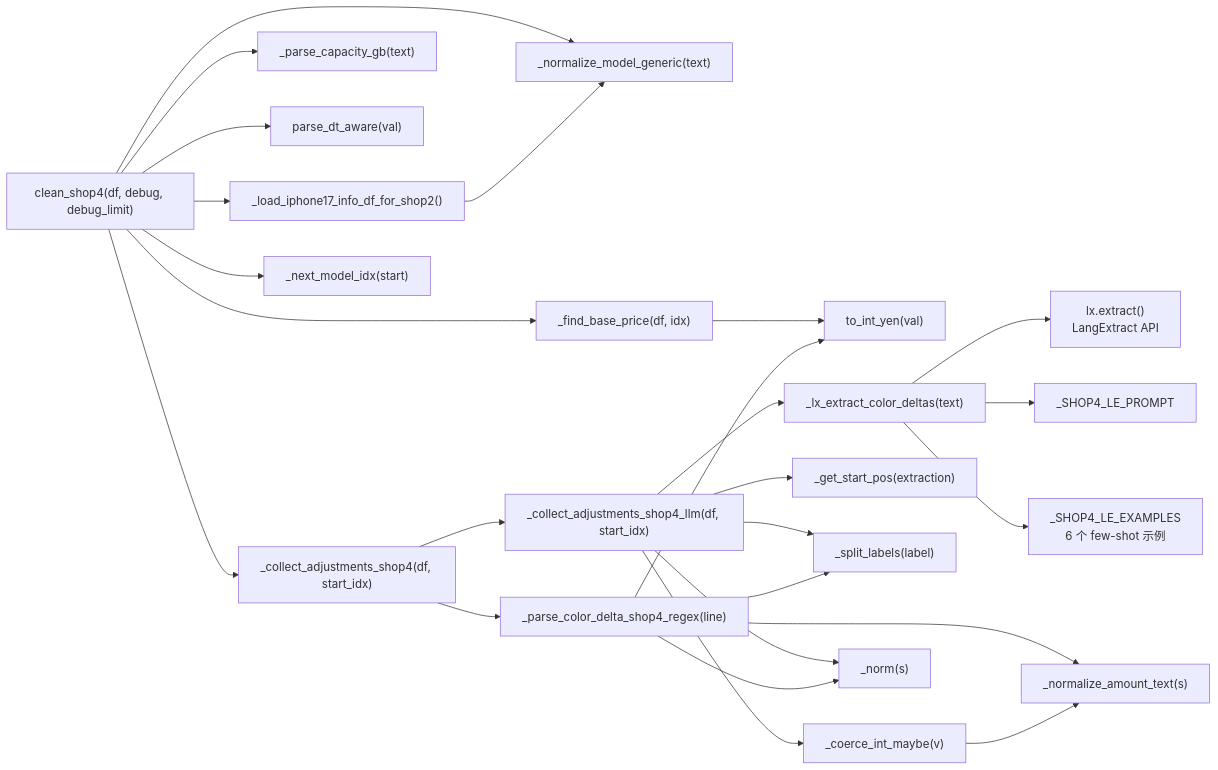
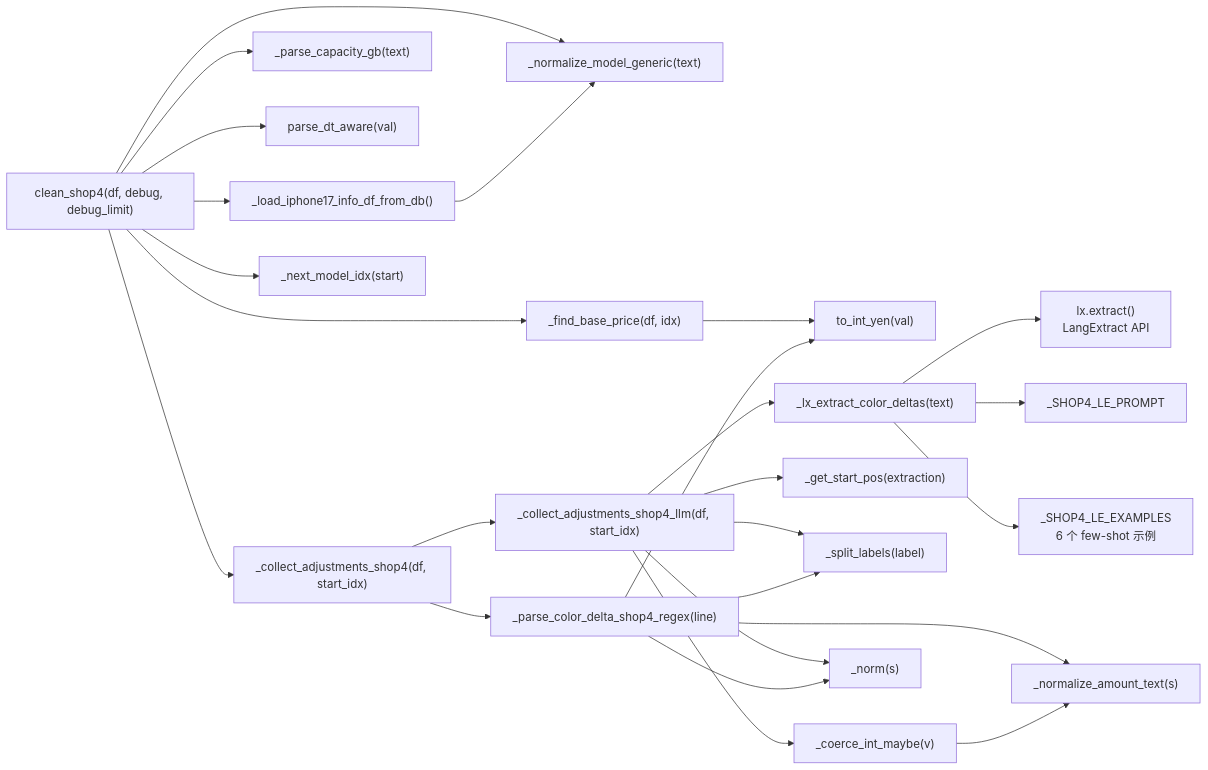
Before and after one commit to zhujiansamuel/YamagotiProjects: the second of 10 diagrams in doc_shop/shop4_cleaner.md, drawn with Mermaid. The commit also changed other lines of this file and 44 other files, not shown here.

````diff
--- a/doc_shop/shop4_cleaner.md
+++ b/doc_shop/shop4_cleaner.md
@@ -57,35 +57,35 @@
 ```mermaid
 flowchart LR
     clean["clean_shop4(df, debug, debug_limit)"]
 
-    clean --> load["_load_iphone17_info_df_for_shop2()"]
+    clean --> load["_load_iphone17_info_df_from_db()"]
     clean --> normmod["_normalize_model_generic(text)"]
     clean --> parsecap["_parse_capacity_gb(text)"]
     clean --> parsedt["parse_dt_aware(val)"]
     clean --> findprice["_find_base_price(df, idx)"]
     clean --> collect["_collect_adjustments_shop4(df, start_idx)"]
     clean --> nextmodel["_next_model_idx(start)"]
 
     findprice --> toint["to_int_yen(val)"]
     collect --> llm["_collect_adjustments_shop4_llm(df, start_idx)"]
     collect --> regex["_parse_color_delta_shop4_regex(line)"]
 
     llm --> lxextract["_lx_extract_color_deltas(text)"]
     llm --> getstart["_get_start_pos(extraction)"]
     llm --> splitlbl["_split_labels(label)"]
     llm --> coerce["_coerce_int_maybe(v)"]
     llm --> norm["_norm(s)"]
 
     lxextract --> lx["lx.extract()\nLangExtract API"]
     lxextract --> prompt["_SHOP4_LE_PROMPT"]
     lxextract --> examples["_SHOP4_LE_EXAMPLES\n6 个 few-shot 示例"]
 
     regex --> normamt["_normalize_amount_text(s)"]
     regex --> splitlbl
     regex --> toint
     regex --> norm
 
     coerce --> normamt
 
     load --> normmod
 ```
````
